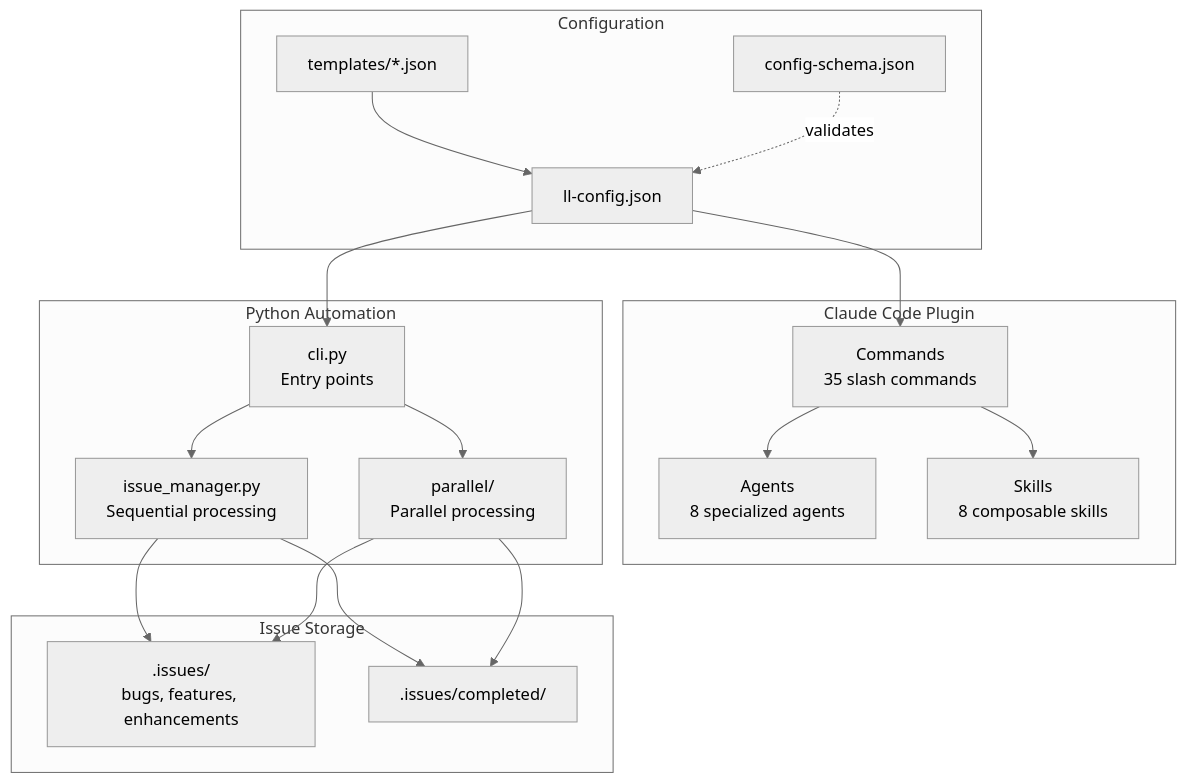
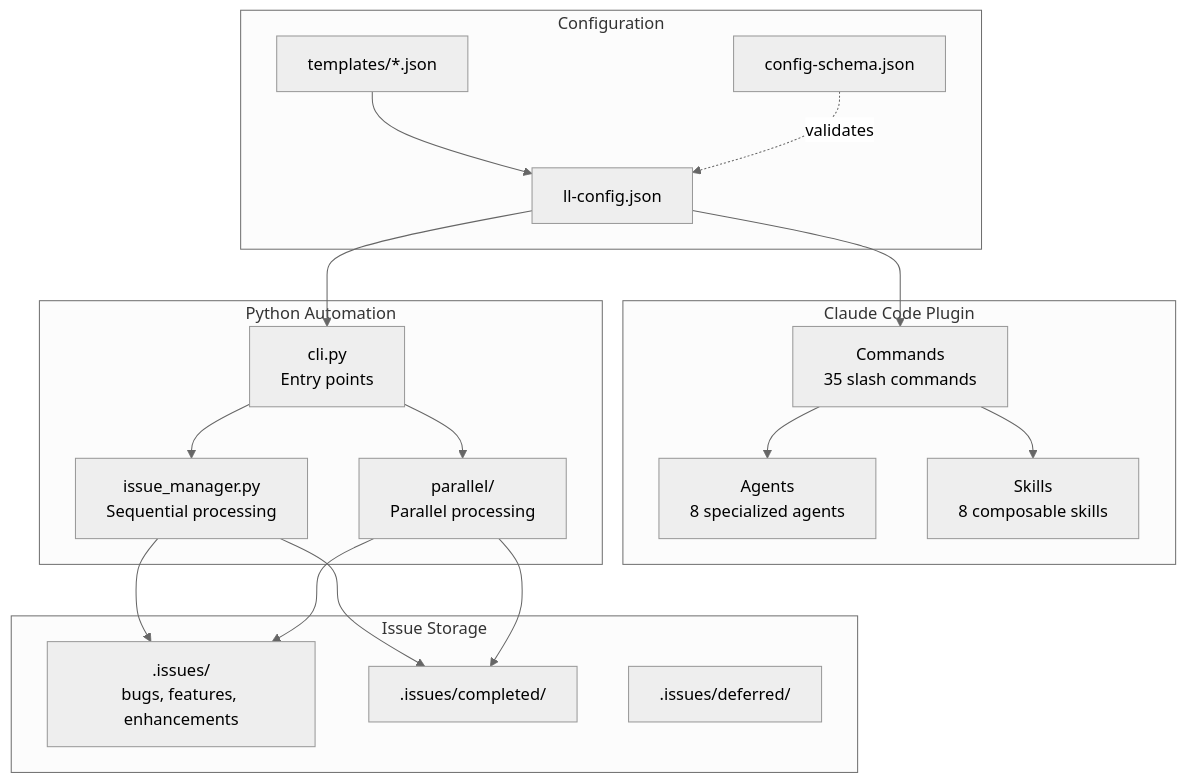
One commit to BrennonTWilliams/little-loops changed the first of 13 diagrams in docs/ARCHITECTURE.md. Above: the diagram before and after it, drawn with Mermaid (neutral theme). The commit also changed other lines of this file and 32 other files, not shown here.

First line of the commit message:
feat(issues): add deferred issues folder support

````diff
--- a/docs/ARCHITECTURE.md
+++ b/docs/ARCHITECTURE.md
@@ -21,38 +21,39 @@
 ```mermaid
 flowchart TB
     subgraph "Claude Code Plugin"
         CMD[Commands<br/>35 slash commands]
         AGT[Agents<br/>8 specialized agents]
         SKL[Skills<br/>8 composable skills]
     end
 
     subgraph "Configuration"
         CFG[ll-config.json]
         SCHEMA[config-schema.json]
         TPL[templates/*.json]
     end
 
     subgraph "Python Automation"
         CLI[cli.py<br/>Entry points]
         AUTO[issue_manager.py<br/>Sequential processing]
         PARALLEL[parallel/<br/>Parallel processing]
     end
 
     subgraph "Issue Storage"
         ISSUES[.issues/<br/>bugs, features, enhancements]
         COMPLETED[.issues/completed/]
+        DEFERRED[.issues/deferred/]
     end
 
     CFG --> CMD
     TPL --> CFG
     SCHEMA -.->|validates| CFG
     CFG --> CLI
     CMD --> AGT
     CMD --> SKL
     CLI --> AUTO
     CLI --> PARALLEL
     AUTO --> ISSUES
     PARALLEL --> ISSUES
     AUTO --> COMPLETED
     PARALLEL --> COMPLETED
 ```
````
